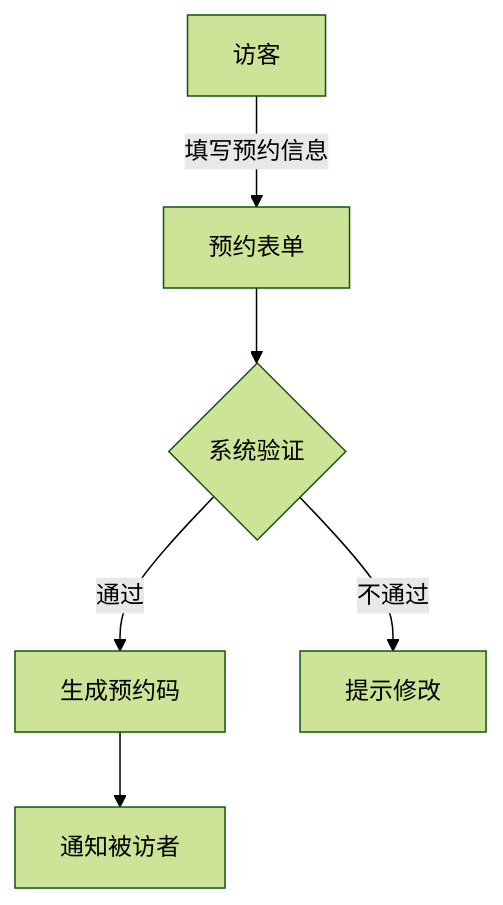
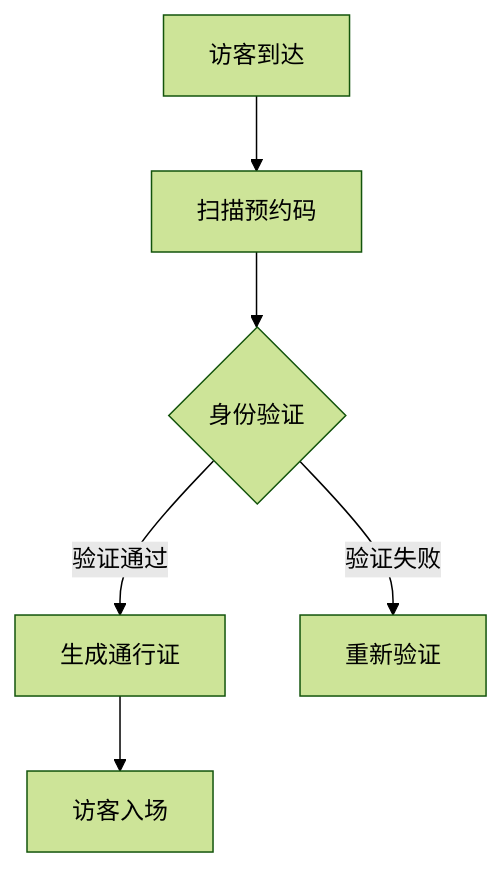
One commit to zhishi324/n8ndeploy changed the diagram in doc/requirement1.md. Above: the diagram before and after it, drawn with Mermaid (forest theme). The commit also changed other lines of this file, not shown here.

````diff
--- a/doc/requirement1.md
+++ b/doc/requirement1.md
@@ -24,8 +39,8 @@
 ```mermaid
 graph TD
-    A[访客] -->|填写预约信息| B[预约表单]
-    B --> C{系统验证}
-    C -->|通过| D[生成预约码]
-    C -->|不通过| E[提示修改]
-    D --> F[通知被访者]
+    A[访客到达] --> B[扫描预约码]
+    B --> C{身份验证}
+    C -->|验证通过| D[生成通行证]
+    C -->|验证失败| E[重新验证]
+    D --> F[访客入场]
 ```
````
